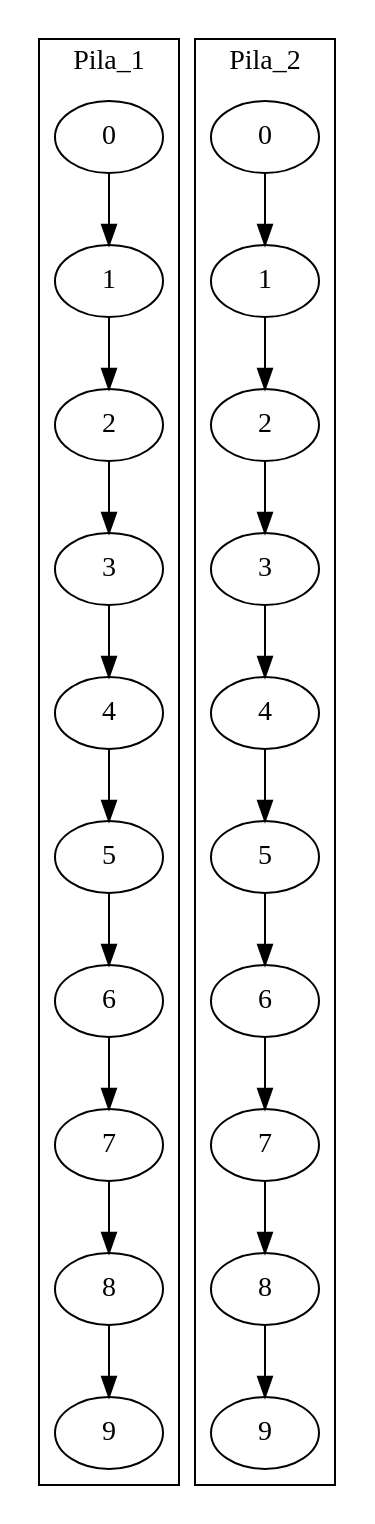
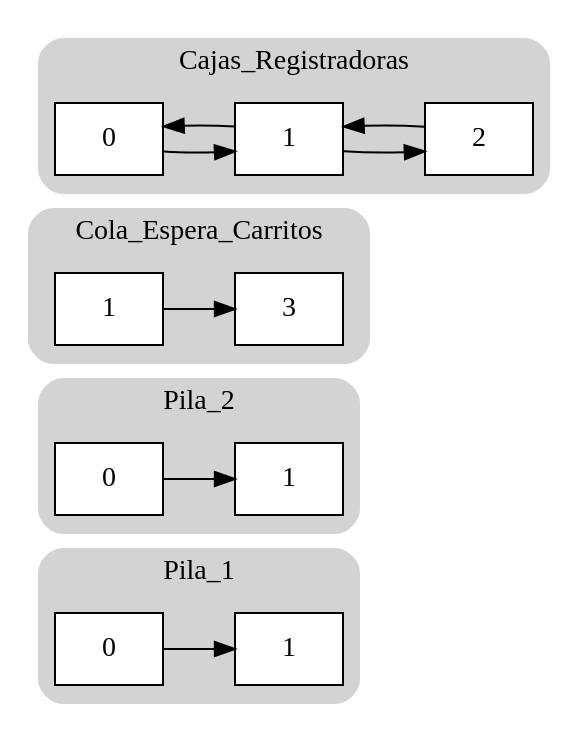
Before and after one commit to Rpinto30/EDD-1---MiniMarket: the diagram in Minimarket/graph.dot, drawn with Graphviz. The commit also changed 7 other files, not shown here.

```diff
--- a/Minimarket/graph.dot
+++ b/Minimarket/graph.dot
@@ -1,51 +1,48 @@
 digraph MiniMarket {
+ rankdir=LR;
 subgraph cluster_Pila_1{
 label="Pila_1"
-Pila_1_0[label="0"];
-Pila_1_1[label="1"];
+style = "filled,rounded";
+color = lightgrey;
+Pila_1_0[label="0", shape=record, style=filled, fillcolor=white];
+Pila_1_1[label="1", shape=record, style=filled, fillcolor=white];
 Pila_1_0 -> Pila_1_1;
-Pila_1_2[label="2"];
-Pila_1_1 -> Pila_1_2;
-Pila_1_3[label="3"];
-Pila_1_2 -> Pila_1_3;
-Pila_1_4[label="4"];
-Pila_1_3 -> Pila_1_4;
-Pila_1_5[label="5"];
-Pila_1_4 -> Pila_1_5;
-Pila_1_6[label="6"];
-Pila_1_5 -> Pila_1_6;
-Pila_1_7[label="7"];
-Pila_1_6 -> Pila_1_7;
-Pila_1_8[label="8"];
-Pila_1_7 -> Pila_1_8;
-Pila_1_9[label="9"];
-Pila_1_8 -> Pila_1_9;
 
 }
 
 subgraph cluster_Pila_2{
 label="Pila_2"
-Pila_2_0[label="0"];
-Pila_2_1[label="1"];
+style = "filled,rounded";
+color = lightgrey;
+Pila_2_0[label="0", shape=record, style=filled, fillcolor=white];
+Pila_2_1[label="1", shape=record, style=filled, fillcolor=white];
 Pila_2_0 -> Pila_2_1;
-Pila_2_2[label="2"];
-Pila_2_1 -> Pila_2_2;
-Pila_2_3[label="3"];
-Pila_2_2 -> Pila_2_3;
-Pila_2_4[label="4"];
-Pila_2_3 -> Pila_2_4;
-Pila_2_5[label="5"];
-Pila_2_4 -> Pila_2_5;
-Pila_2_6[label="6"];
-Pila_2_5 -> Pila_2_6;
-Pila_2_7[label="7"];
-Pila_2_6 -> Pila_2_7;
-Pila_2_8[label="8"];
-Pila_2_7 -> Pila_2_8;
-Pila_2_9[label="9"];
-Pila_2_8 -> Pila_2_9;
+
+}
+
+subgraph cluster_Cola_Espera_Carritos{
+label="Cola_Espera_Carritos"
+style = "filled,rounded";
+color = lightgrey;
+Cola_Espera_Carritos_1[label="1", shape=record, style=filled, fillcolor=white];
+Cola_Espera_Carritos_3[label="3", shape=record, style=filled, fillcolor=white];
+Cola_Espera_Carritos_1 -> Cola_Espera_Carritos_3;
+
+}
+
+subgraph cluster_Cajas_Registradoras{
+label="Cajas_Registradoras"
+style = "filled,rounded";
+color = lightgrey;
+Cajas_Registradoras_0[label="0", shape=record, style=filled, fillcolor=white];
+Cajas_Registradoras_1[label="1", shape=record, style=filled, fillcolor=white];
+Cajas_Registradoras_0 -> Cajas_Registradoras_1;
+Cajas_Registradoras_1 -> Cajas_Registradoras_0;
+Cajas_Registradoras_2[label="2", shape=record, style=filled, fillcolor=white];
+Cajas_Registradoras_1 -> Cajas_Registradoras_2;
+Cajas_Registradoras_2 -> Cajas_Registradoras_1;
 
 }
 
 
 }
```
